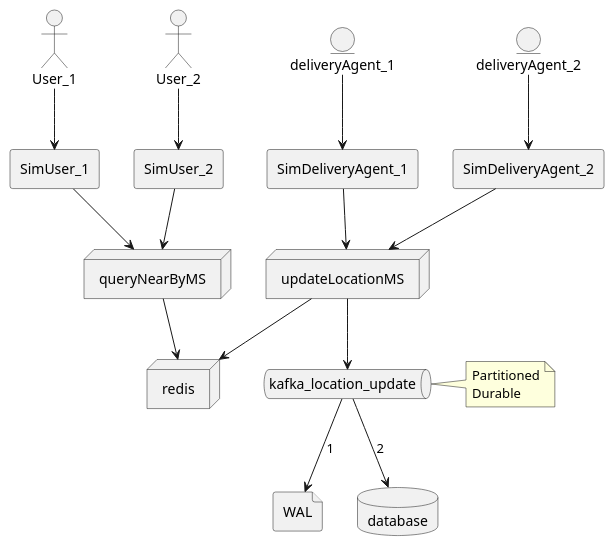
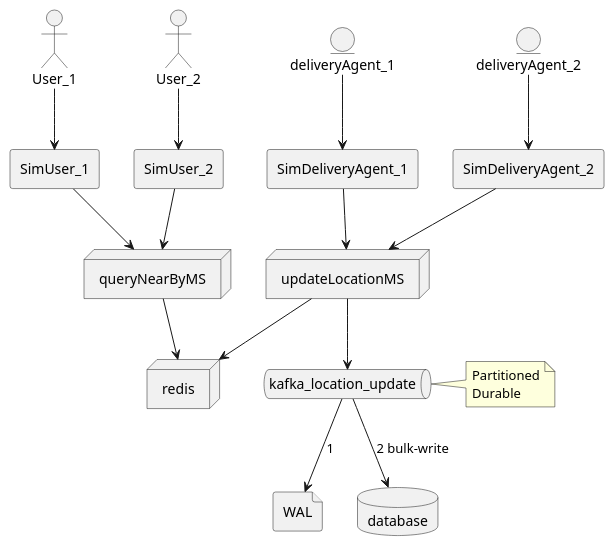
The diagram in docs/HLD-1.puml (ozdemirht/py_redis_1), drawn with PlantUML before and after one commit. The commit also changed 1 other file, not shown here.

```diff
--- a/docs/HLD-1.puml
+++ b/docs/HLD-1.puml
@@ -1,47 +1,47 @@
 @startuml
 'https://plantuml.com/deployment-diagram
 
 entity deliveryAgent_1
 entity deliveryAgent_2
 agent SimDeliveryAgent_1
 agent SimDeliveryAgent_2
 actor User_1
 actor User_2
 agent SimUser_1
 agent SimUser_2
 file WAL
 
 node updateLocationMS
 
 node queryNearByMS
 
 node redis
 
 database database
 
 queue kafka_location_update
 
 deliveryAgent_1 --> SimDeliveryAgent_1
 SimDeliveryAgent_1 --> updateLocationMS
 
 deliveryAgent_2 --> SimDeliveryAgent_2
 SimDeliveryAgent_2 --> updateLocationMS
 
 updateLocationMS --> redis
 
 User_1 --> SimUser_1
 SimUser_1 --> queryNearByMS
 User_2 --> SimUser_2
 SimUser_2 --> queryNearByMS
 
 queryNearByMS --> redis
 
 updateLocationMS --> kafka_location_update
 note right
 Partitioned
 Durable
 end note
 kafka_location_update --> WAL: 1
-kafka_location_update --> database: 2
+kafka_location_update --> database: 2 bulk-write
 
 @enduml
```
